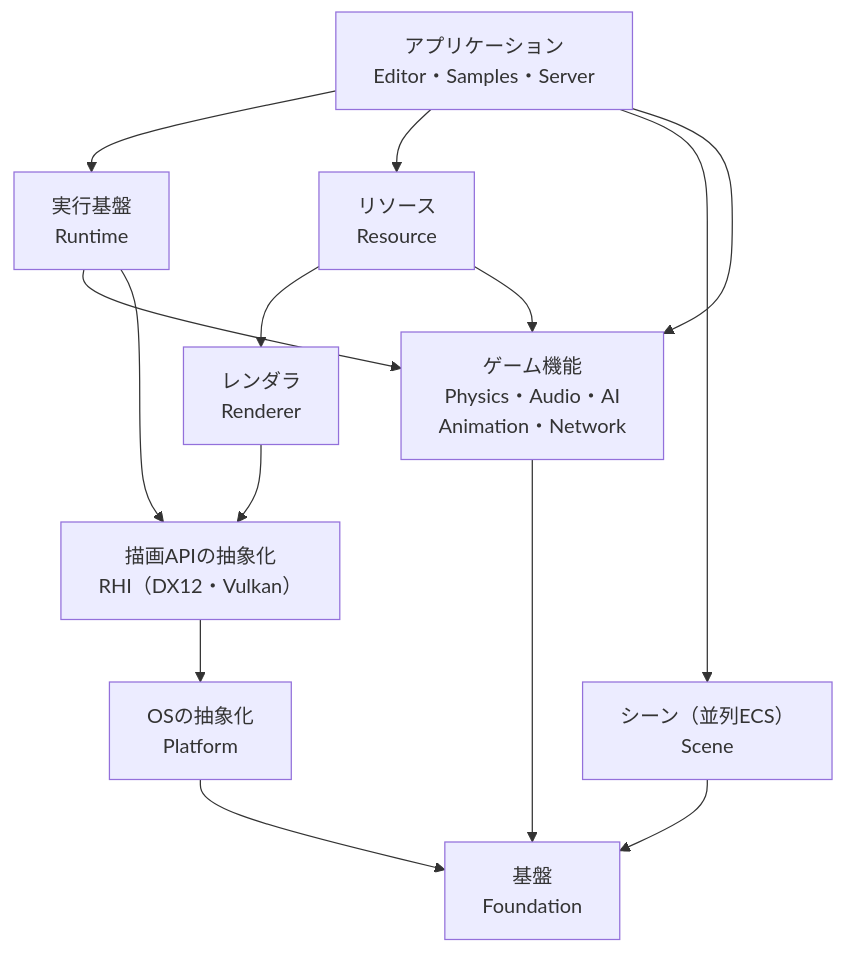
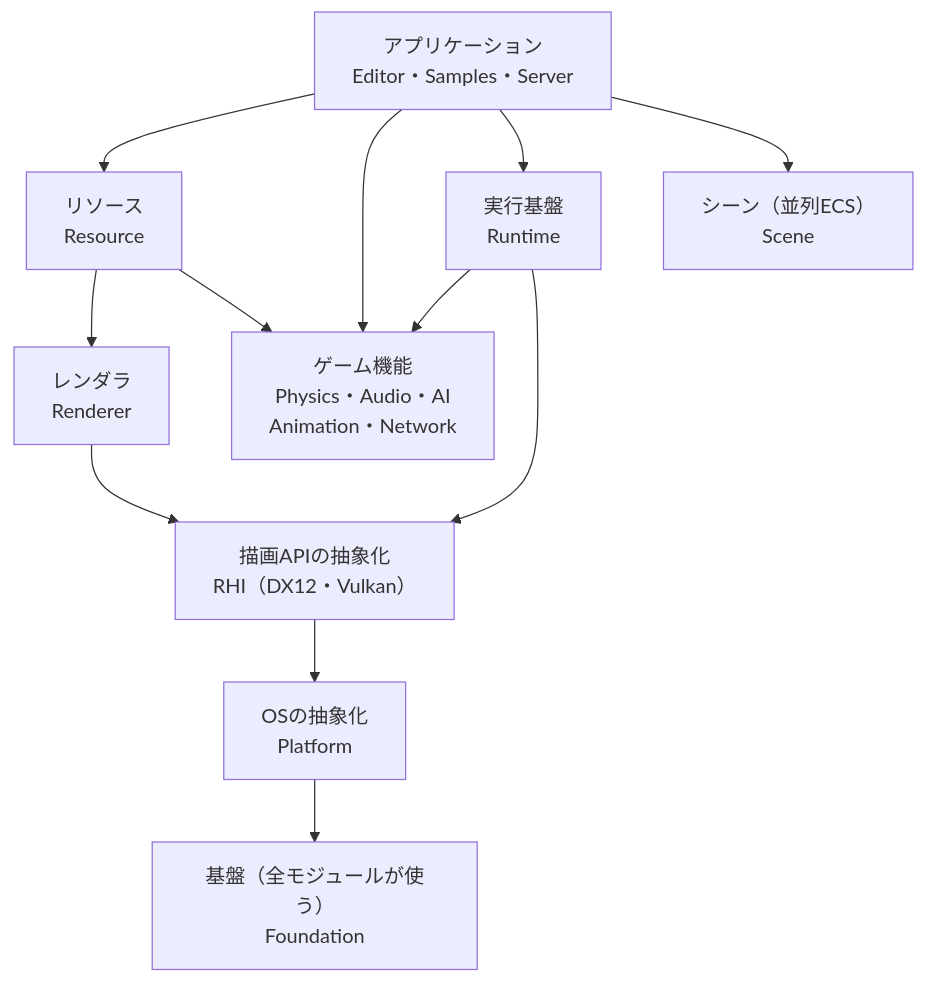
Before and after one commit to Nerunell11/Nerunell11.github.io: the first of 4 diagrams in src/content/works/nexus.md, drawn with Mermaid. The commit also changed other lines of this file and 3 other files, not shown here.

First line of the commit message:
Nexus の構成図の交差をなくし、カバーを NightCrossing に差し替える

````diff
--- a/src/content/works/nexus.md
+++ b/src/content/works/nexus.md
@@ -29,25 +29,23 @@
 ```mermaid
 flowchart TD
     Apps["アプリケーション<br/>Editor・Samples・Server"]
+    Resource["リソース<br/>Resource"]
     Runtime["実行基盤<br/>Runtime"]
-    Resource["リソース<br/>Resource"]
     Scene["シーン（並列ECS）<br/>Scene"]
+    Renderer["レンダラ<br/>Renderer"]
     Features["ゲーム機能<br/>Physics・Audio・AI<br/>Animation・Network"]
-    Renderer["レンダラ<br/>Renderer"]
     RHI["描画APIの抽象化<br/>RHI（DX12・Vulkan）"]
     Platform["OSの抽象化<br/>Platform"]
-    Foundation["基盤<br/>Foundation"]
+    Foundation["基盤（全モジュールが使う）<br/>Foundation"]
+    Apps --> Resource
+    Apps --> Features
     Apps --> Runtime
-    Apps --> Resource
     Apps --> Scene
-    Apps --> Features
     Resource --> Renderer
     Resource --> Features
     Runtime --> Features
     Runtime --> RHI
     Renderer --> RHI
     RHI --> Platform
     Platform --> Foundation
-    Scene --> Foundation
-    Features --> Foundation
 ```
````
